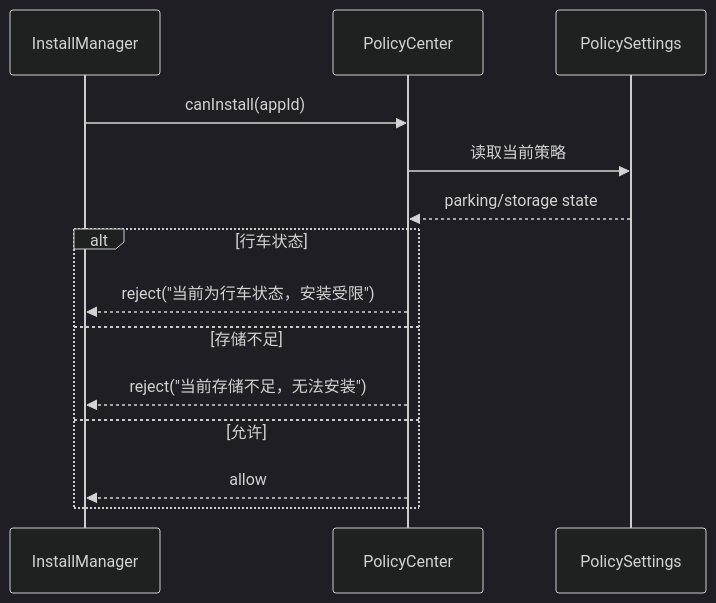
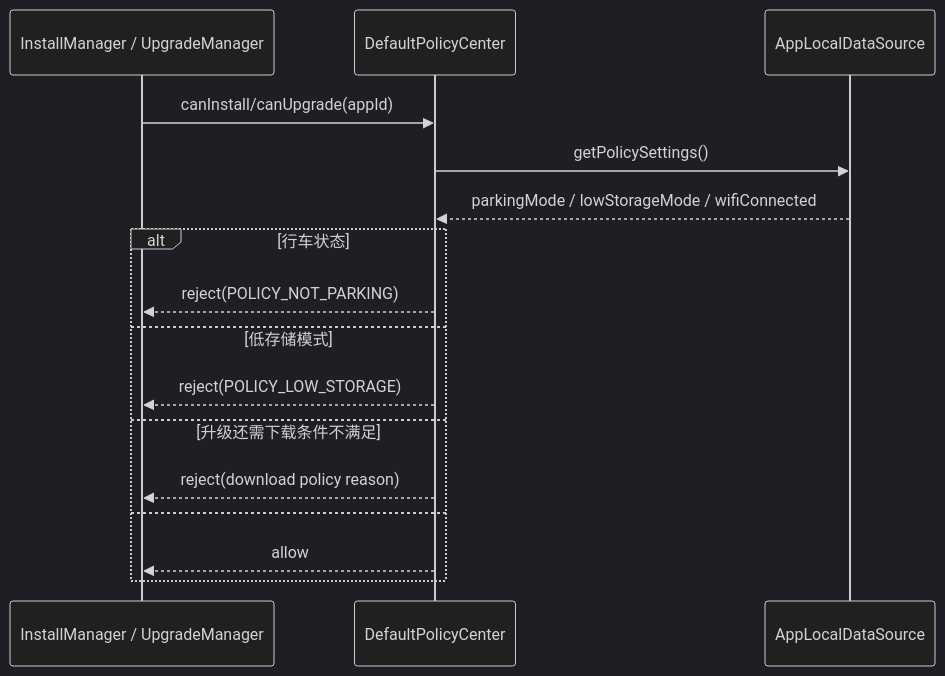
One commit to XZQ/CarAppStore changed the fourth of 4 diagrams in docs/13-策略中心架构与流程.md. Above: the diagram before and after it, drawn with Mermaid (dark theme). The commit also changed other lines of this file and 35 other files, not shown here.

Commit message:
Docs: reorganize architecture docs and handoff guide

````diff
--- a/docs/13-策略中心架构与流程.md
+++ b/docs/13-策略中心架构与流程.md
@@ -97,18 +114,20 @@
 ```mermaid
 sequenceDiagram
-participant IM as InstallManager
-participant PC as PolicyCenter
-participant SET as PolicySettings
+participant IM as InstallManager / UpgradeManager
+participant PC as DefaultPolicyCenter
+participant LOCAL as AppLocalDataSource
 
-IM->>PC: canInstall(appId)
-PC->>SET: 读取当前策略
-SET-->>PC: parking/storage state
+IM->>PC: canInstall/canUpgrade(appId)
+PC->>LOCAL: getPolicySettings()
+LOCAL-->>PC: parkingMode / lowStorageMode / wifiConnected
 
 alt 行车状态
-    PC-->>IM: reject("当前为行车状态，安装受限")
-else 存储不足
-    PC-->>IM: reject("当前存储不足，无法安装")
-else 允许
+    PC-->>IM: reject(POLICY_NOT_PARKING)
+else 低存储模式
+    PC-->>IM: reject(POLICY_LOW_STORAGE)
+else 升级还需下载条件不满足
+    PC-->>IM: reject(download policy reason)
+else
     PC-->>IM: allow
 end
 ```
````
